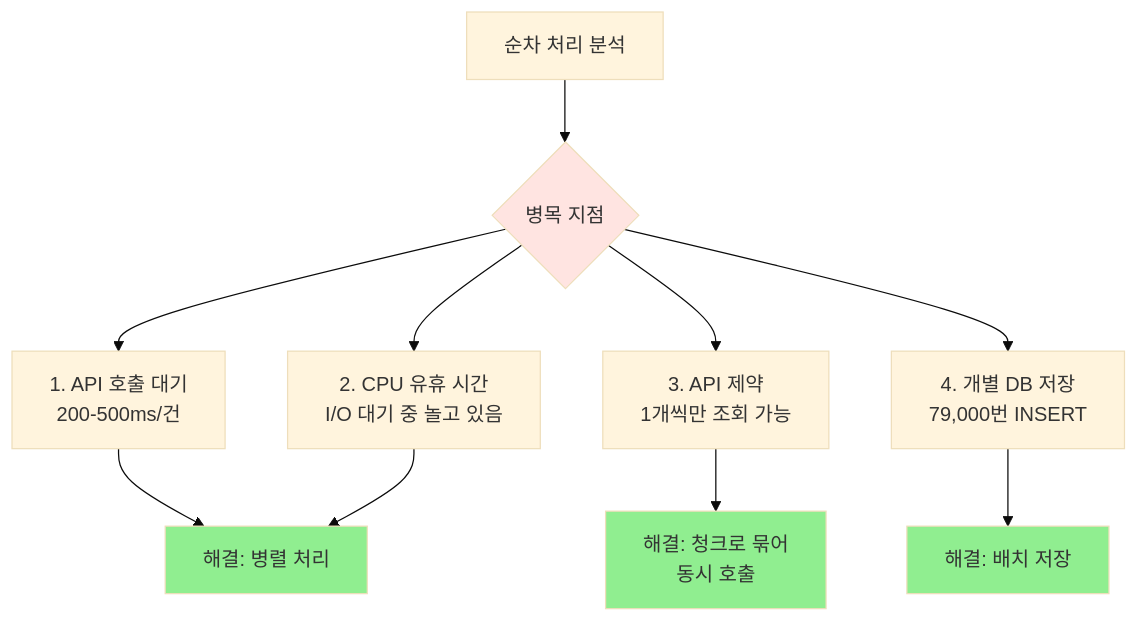
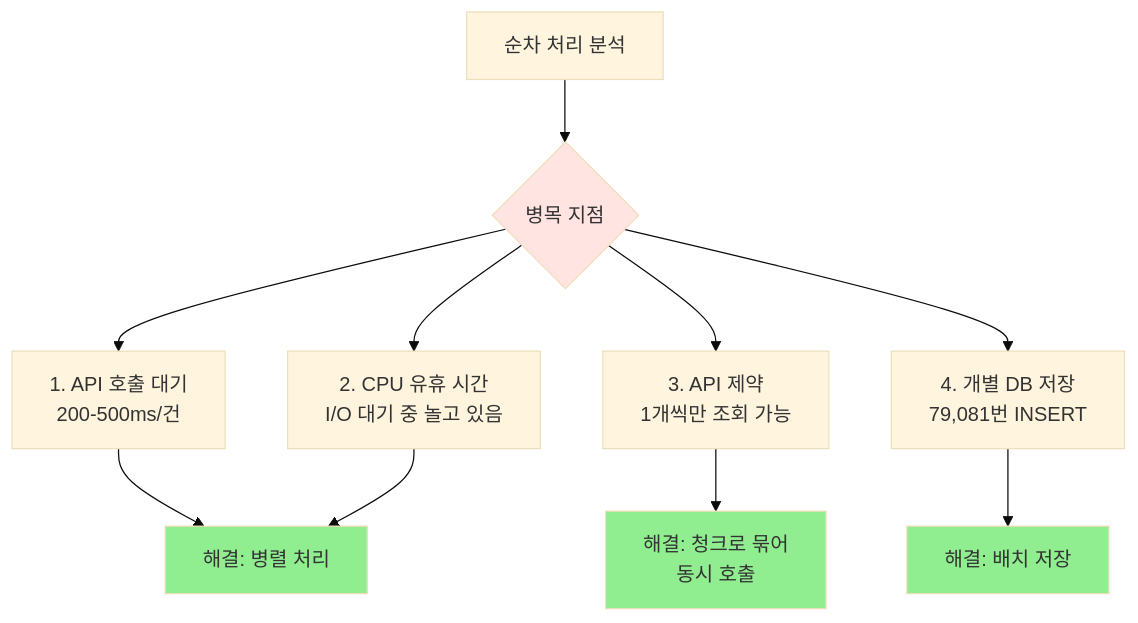
One commit to medical-info-hub/hospitalInfoProject-backend changed the second of 11 diagrams in docs/LARGE_SCALE_API_CALL_INFRASTRUCTURE.md. Above: the diagram before and after it, drawn with Mermaid (base theme). The commit also changed other lines of this file, not shown here.

````diff
--- a/docs/LARGE_SCALE_API_CALL_INFRASTRUCTURE.md
+++ b/docs/LARGE_SCALE_API_CALL_INFRASTRUCTURE.md
@@ -100,18 +100,18 @@
 ```mermaid
 graph TD
     A[순차 처리 분석] --> B{병목 지점}
     B --> C[1. API 호출 대기<br/>200-500ms/건]
     B --> D[2. CPU 유휴 시간<br/>I/O 대기 중 놀고 있음]
     B --> E[3. API 제약<br/>1개씩만 조회 가능]
-    B --> F[4. 개별 DB 저장<br/>79,000번 INSERT]
+    B --> F[4. 개별 DB 저장<br/>79,081번 INSERT]
 
     C --> G[해결: 병렬 처리]
     D --> G
     E --> H[해결: 청크로 묶어<br/>동시 호출]
     F --> I[해결: 배치 저장]
 
     style B fill:#FFE4E1
     style G fill:#90EE90
     style H fill:#90EE90
     style I fill:#90EE90
 ```
````
